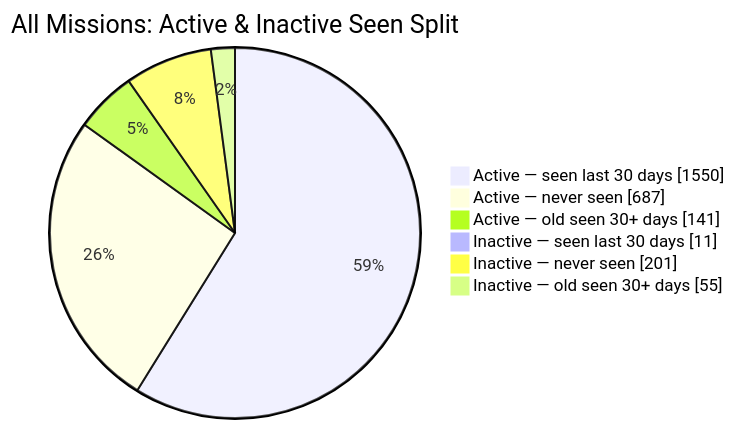
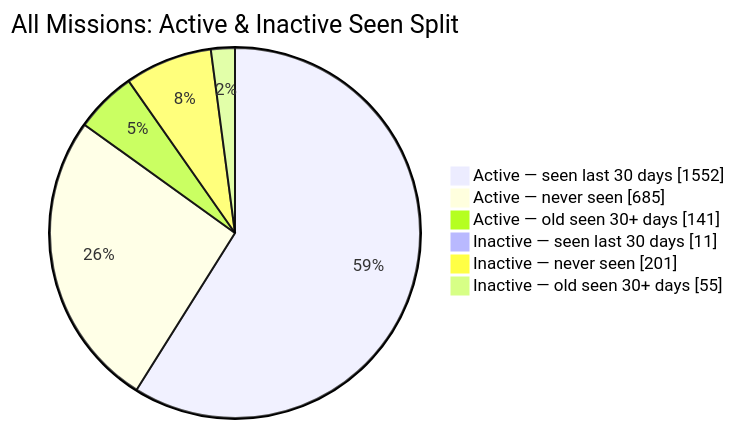
The second of 2 diagrams in README.md (MeldkamerspelGameTeam/active-missions), drawn with Mermaid before and after one commit. The commit also changed other lines of this file and 2 other files, not shown here.

````diff
--- a/README.md
+++ b/README.md
@@ -44,10 +44,10 @@
 ```mermaid
 pie showData
     title All Missions: Active & Inactive Seen Split
-    "Active — seen last 30 days" : 1550
-    "Active — never seen" : 687
+    "Active — seen last 30 days" : 1552
+    "Active — never seen" : 685
     "Active — old seen 30+ days" : 141
     "Inactive — seen last 30 days" : 11
     "Inactive — never seen" : 201
     "Inactive — old seen 30+ days" : 55
 ```
````
